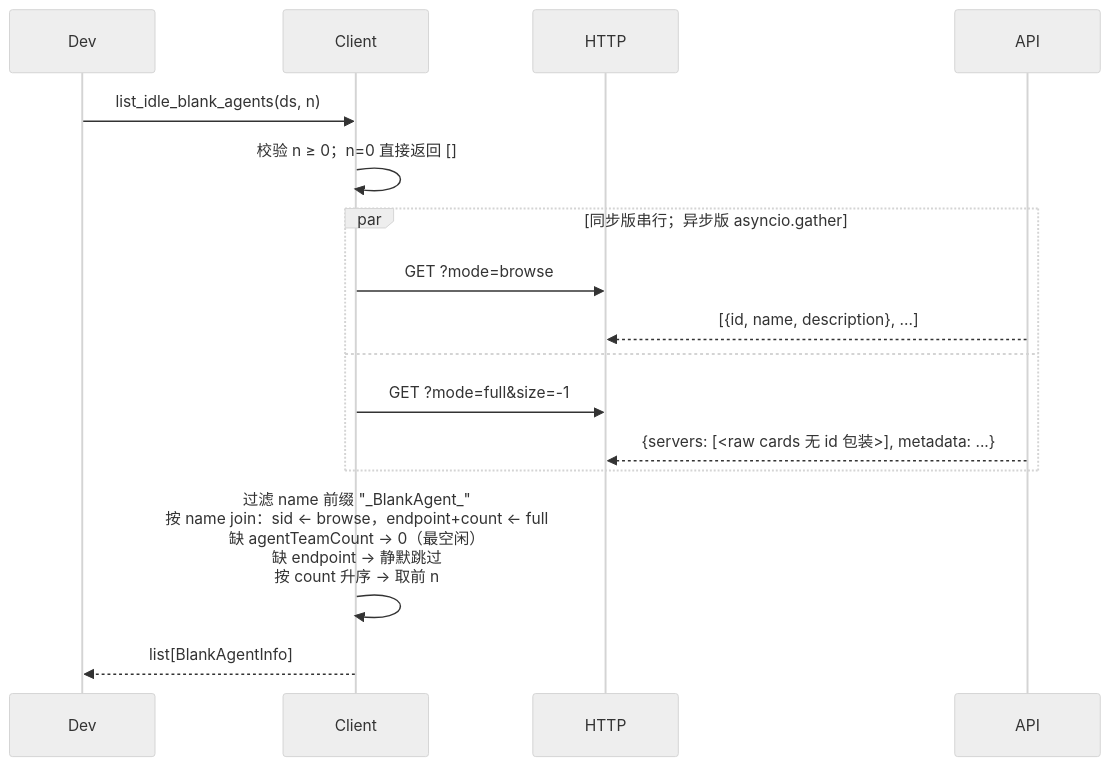
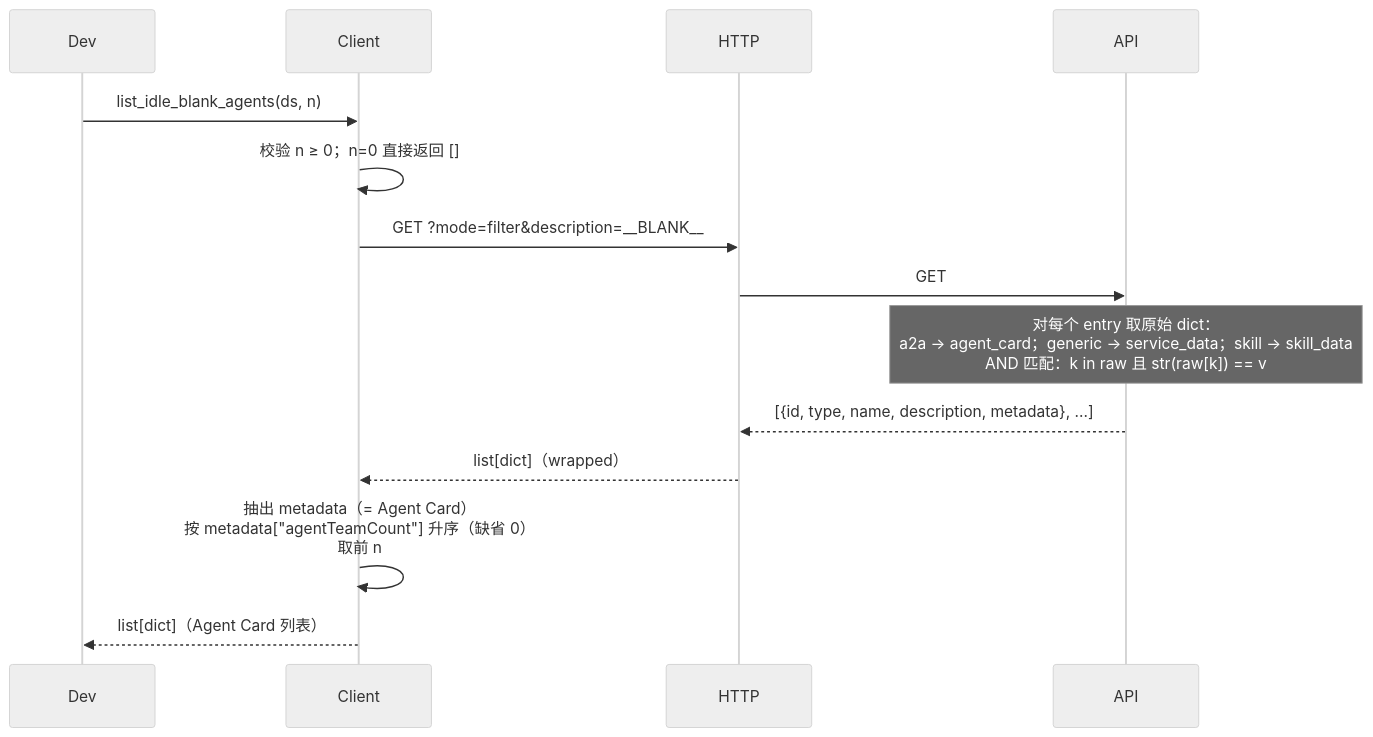
The sixth of 6 diagrams in docs/client_design.md (Weizheng96/A2X-registry), drawn with Mermaid (neutral theme) before and after one commit. The commit also changed other lines of this file and 7 other files, not shown here.

First line of the commit message:
feat: add mode=filter backend endpoint + SDK list_agents_by_filter

````diff
--- a/docs/client_design.md
+++ b/docs/client_design.md
@@ -551,19 +608,17 @@
 ```mermaid
 sequenceDiagram
     participant Dev
     participant Client
     participant HTTP
     participant API
 
     Dev->>Client: list_idle_blank_agents(ds, n)
     Client->>Client: 校验 n ≥ 0；n=0 直接返回 []
-    par 同步版串行；异步版 asyncio.gather
-        Client->>HTTP: GET ?mode=browse
-        API-->>HTTP: [{id, name, description}, ...]
-    and
-        Client->>HTTP: GET ?mode=full&size=-1
-        API-->>HTTP: {servers: [<raw cards 无 id 包装>], metadata: ...}
-    end
-    Client->>Client: 过滤 name 前缀 "_BlankAgent_"<br/>按 name join：sid ← browse，endpoint+count ← full<br/>缺 agentTeamCount → 0（最空闲）<br/>缺 endpoint → 静默跳过<br/>按 count 升序 → 取前 n
-    Client-->>Dev: list[BlankAgentInfo]
+    Client->>HTTP: GET ?mode=filter&description=__BLANK__
+    HTTP->>API: GET
+    Note over API: 对每个 entry 取原始 dict：<br/>a2a → agent_card；generic → service_data；skill → skill_data<br/>AND 匹配：k in raw 且 str(raw[k]) == v
+    API-->>HTTP: [{id, type, name, description, metadata}, ...]
+    HTTP-->>Client: list[dict]（wrapped）
+    Client->>Client: 抽出 metadata（= Agent Card）<br/>按 metadata["agentTeamCount"] 升序（缺省 0）<br/>取前 n
+    Client-->>Dev: list[dict]（Agent Card 列表）
 ```
````
